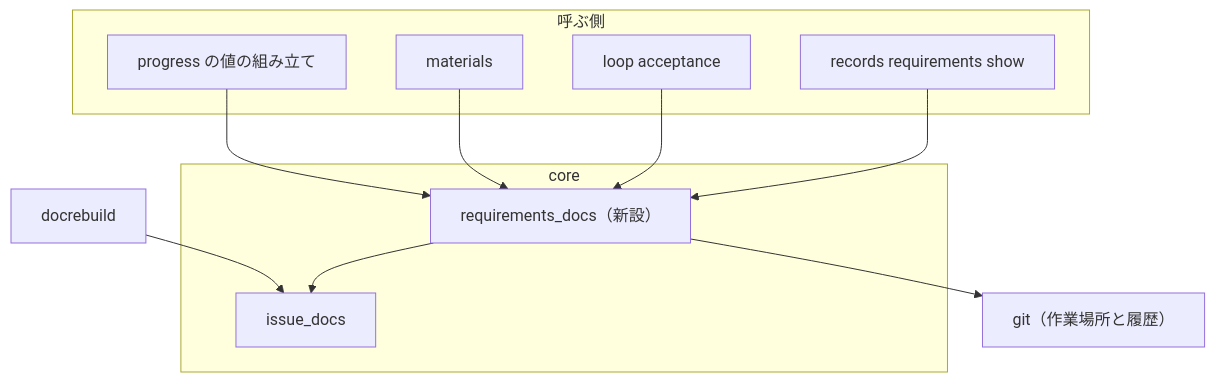
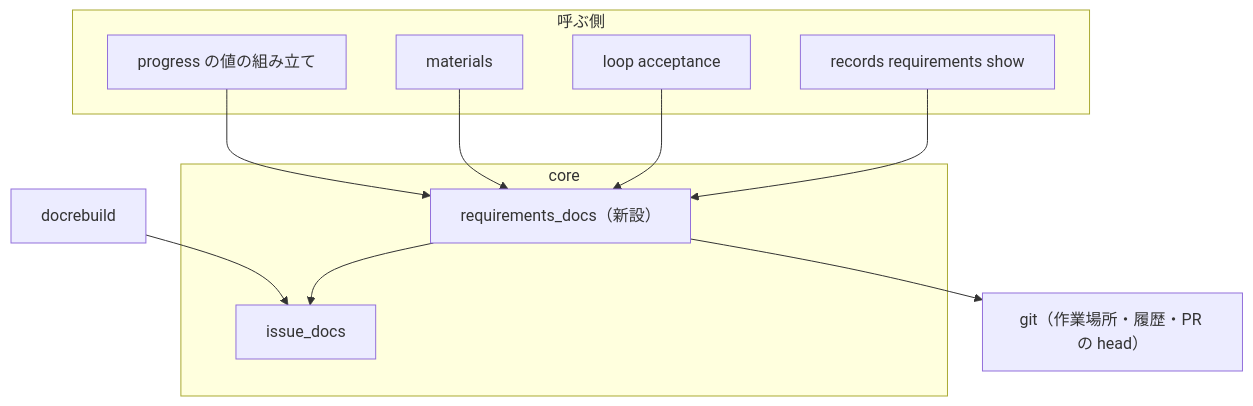
Before and after one commit to devbasex/ai-plugins: the third of 4 diagrams in issues/issue-4735-design.md, drawn with Mermaid. The commit also changed other lines of this file and 1 other file, not shown here.

````diff
--- a/issues/issue-4735-design.md
+++ b/issues/issue-4735-design.md
@@ -127,20 +140,20 @@
 ```mermaid
 graph TD
   subgraph 呼ぶ側
     CLI["records requirements show"]
     LOOP["loop acceptance"]
     MAT["materials"]
     PROG["progress の値の組み立て"]
   end
   subgraph core
     READ["requirements_docs（新設）"]
     DOCS["issue_docs"]
   end
   CLI --> READ
   LOOP --> READ
   MAT --> READ
   PROG --> READ
   READ --> DOCS
-  READ --> GIT["git（作業場所と履歴）"]
+  READ --> GIT["git（作業場所・履歴・PR の head）"]
   DR["docrebuild"] --> DOCS
 ```
````
